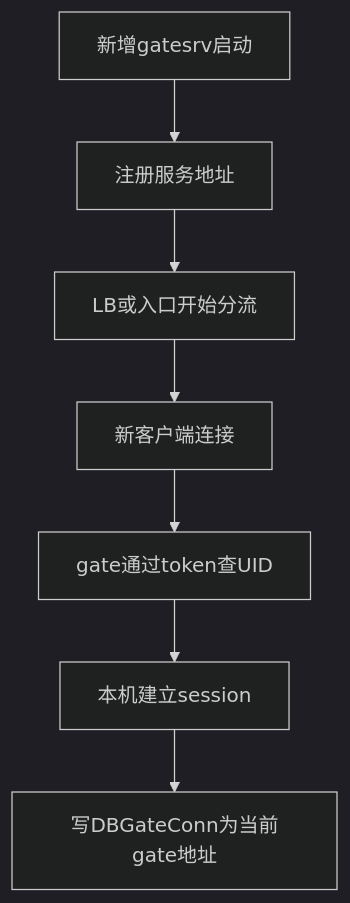
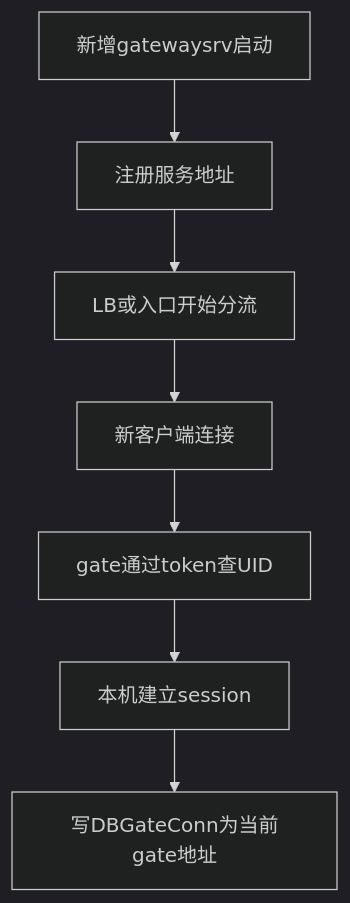
One commit to zhanglei19960726/globalmail changed the fourth of 4 diagrams in docs/deployment-plan.md. Above: the diagram before and after it, drawn with Mermaid (dark theme). The commit also changed other lines of this file and 114 other files, not shown here.

````diff
--- a/docs/deployment-plan.md
+++ b/docs/deployment-plan.md
@@ -297,9 +297,9 @@
 ```mermaid
 flowchart TD
-    newGate[新增gatesrv启动] --> register[注册服务地址]
+    newGate[新增gatewaysrv启动] --> register[注册服务地址]
     register --> lb[LB或入口开始分流]
     lb --> connect[新客户端连接]
     connect --> authToken[gate通过token查UID]
     authToken --> localSess[本机建立session]
     localSess --> writeGateConn[写DBGateConn为当前gate地址]
 ```
````
